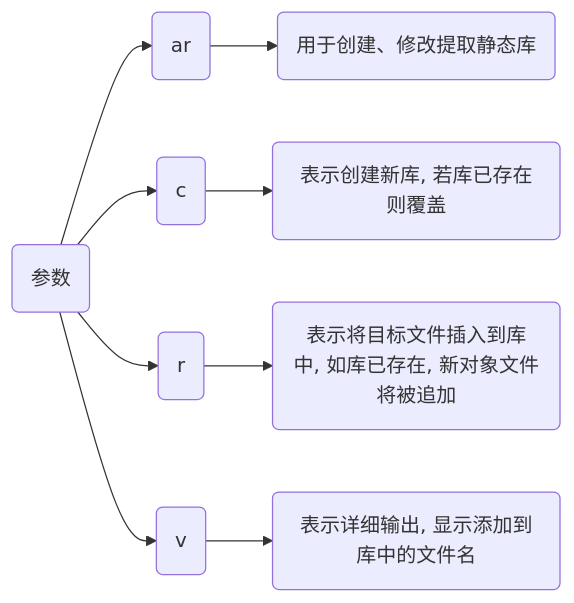
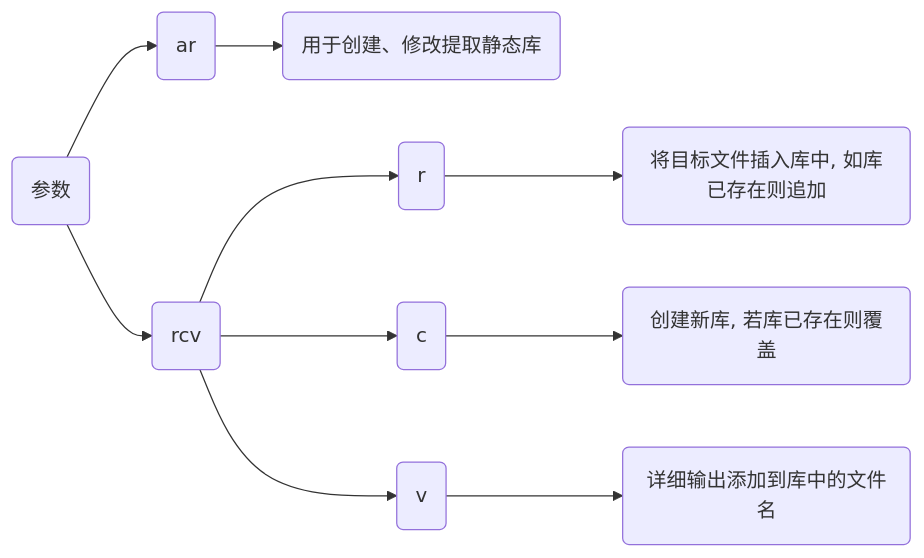
Before and after one commit to dmjcb/dmjcb.github.io: the second of 2 diagrams in _posts/language/c_c++/library/2022-08-15-静态库.md, drawn with Mermaid. The commit also changed other lines of this file and 13 other files, not shown here.

````diff
--- a/_posts/language/c_c++/library/2022-08-15-静态库.md
+++ b/_posts/language/c_c++/library/2022-08-15-静态库.md
@@ -66,8 +60,9 @@
 ```mermaid
 graph LR;
     X(参数)
-    X --> A(ar) --> A1(用于创建、修改提取静态库)
-    X --> B("c") --> B1(表示创建新库, 若库已存在则覆盖)
-    X --> C("r") --> C1(表示将目标文件插入到库中, 如库已存在, 新对象文件将被追加)
-    X --> D("v") --> D1(表示详细输出, 显示添加到库中的文件名)
+    X-->A(ar)-->A1(用于创建、修改提取静态库)
+    X-->B(rcv)
+        B-->B1("r")-->B11(将目标文件插入库中, 如库已存在则追加)
+        B-->B2("c") -->B21(创建新库, 若库已存在则覆盖)
+        B -->B3("v") -->B31(详细输出添加到库中的文件名)
 ```
````
